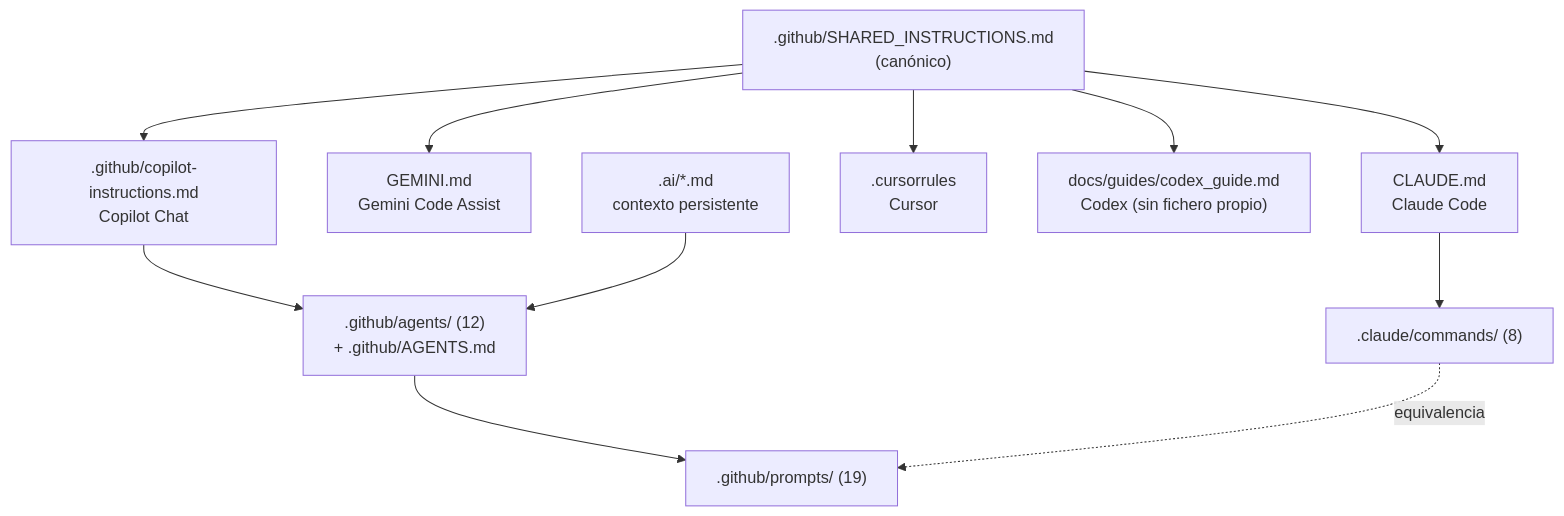
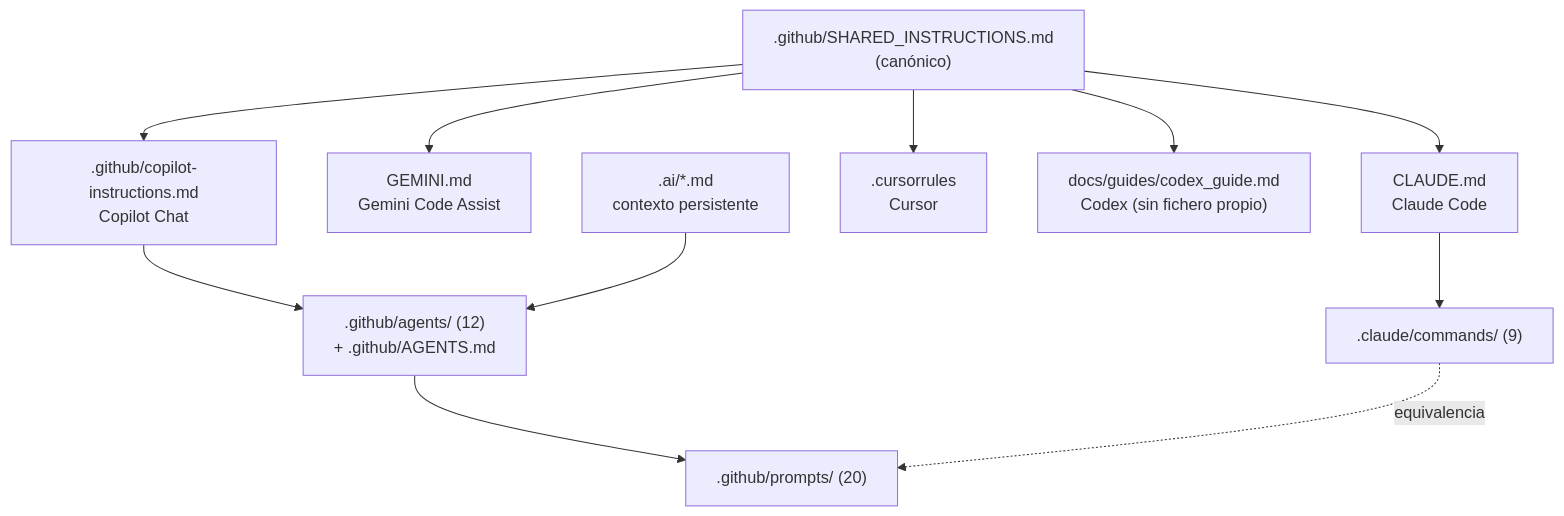
Before and after one commit to fmanza/doc_ia: the diagram in .github/INTEGRATION_MAP.md, drawn with Mermaid. The commit also changed other lines of this file and 9 other files, not shown here.

````diff
--- a/.github/INTEGRATION_MAP.md
+++ b/.github/INTEGRATION_MAP.md
@@ -8,20 +8,20 @@
 ```mermaid
 flowchart TD
     SHARED[".github/SHARED_INSTRUCTIONS.md<br/>(canónico)"]
     CLAUDE["CLAUDE.md<br/>Claude Code"]
     GEMINI["GEMINI.md<br/>Gemini Code Assist"]
     COPILOT[".github/copilot-instructions.md<br/>Copilot Chat"]
     CURSOR[".cursorrules<br/>Cursor"]
     CODEX["docs/guides/codex_guide.md<br/>Codex (sin fichero propio)"]
     AGENTS[".github/agents/ (12)<br/>+ .github/AGENTS.md"]
-    PROMPTS[".github/prompts/ (19)"]
-    COMMANDS[".claude/commands/ (8)"]
+    PROMPTS[".github/prompts/ (20)"]
+    COMMANDS[".claude/commands/ (9)"]
     AI[".ai/*.md<br/>contexto persistente"]
 
     SHARED --> CLAUDE & GEMINI & COPILOT & CURSOR & CODEX
     CLAUDE --> COMMANDS
     COPILOT --> AGENTS
     AGENTS --> PROMPTS
     COMMANDS -.equivalencia.-> PROMPTS
     AI --> AGENTS
 ```
````
